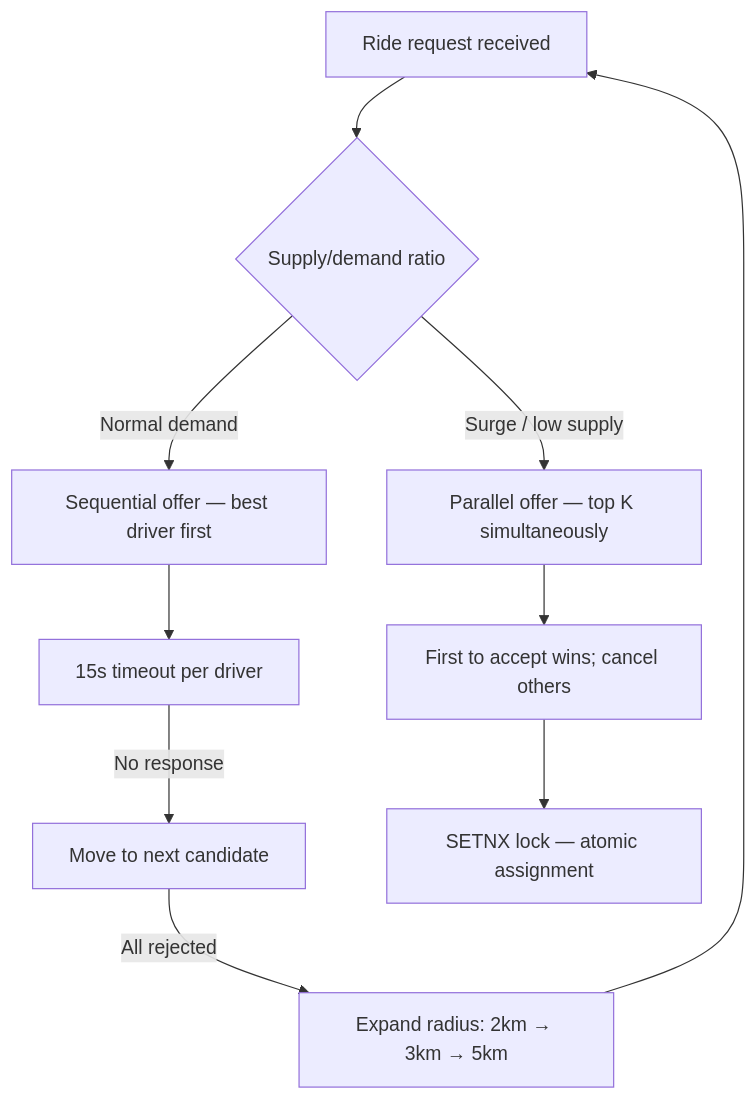
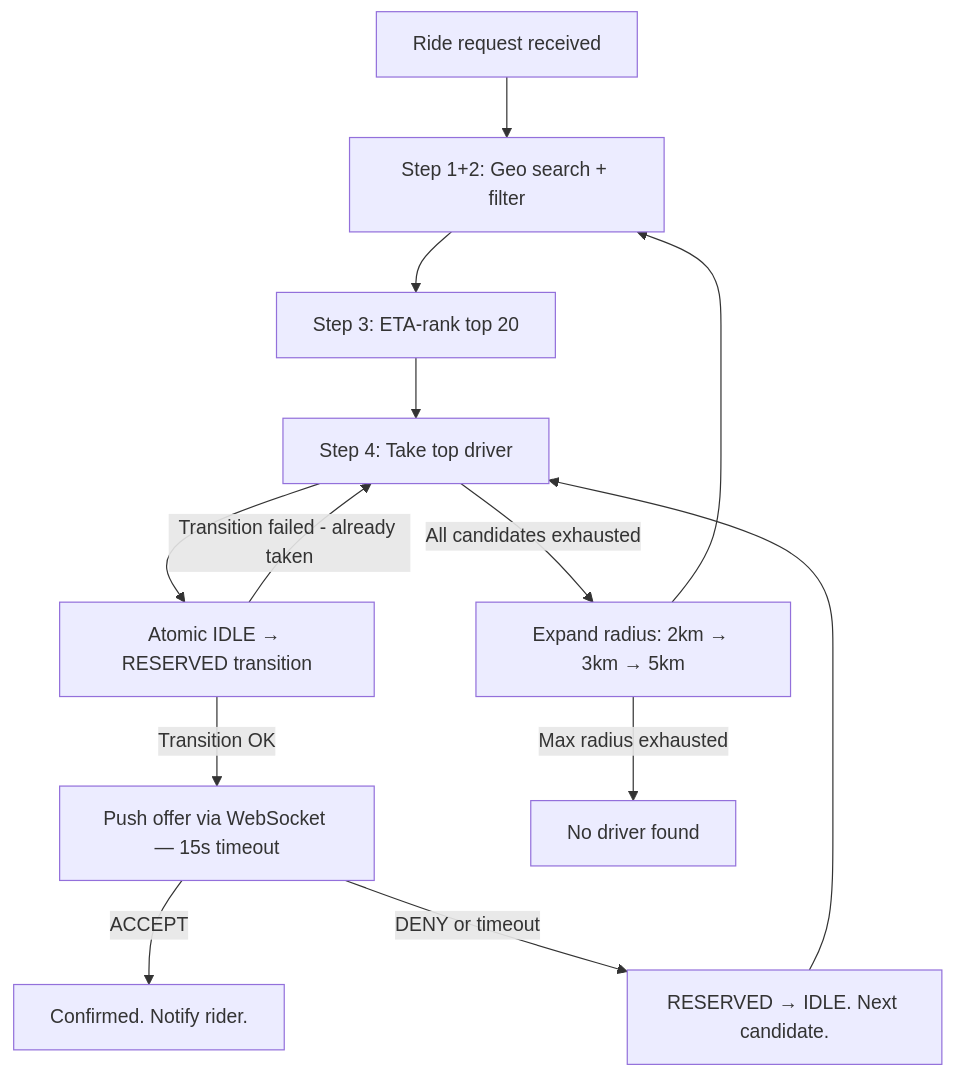
One commit to shyamalm88/MechineCoding changed the fifth of 7 diagrams in system-design/ride-booking-uber-rapido.md. Above: the diagram before and after it, drawn with Mermaid. The commit also changed other lines of this file, not shown here.

Commit message:
updated ride-booking-uber-rapido and google docs

````diff
--- a/system-design/ride-booking-uber-rapido.md
+++ b/system-design/ride-booking-uber-rapido.md
@@ -365,12 +414,15 @@
 ```mermaid
 flowchart TD
-    A["Ride request received"] --> B{Supply/demand ratio}
-    B -->|Normal demand| C["Sequential offer — best driver first"]
-    B -->|Surge / low supply| D["Parallel offer — top K simultaneously"]
-    C --> C1["15s timeout per driver"]
-    D --> D1["First to accept wins; cancel others"]
-    C1 -->|No response| C2["Move to next candidate"]
-    C2 -->|All rejected| E["Expand radius: 2km → 3km → 5km"]
-    D1 --> F["SETNX lock — atomic assignment"]
-    E --> A
+    A["Ride request received"] --> B["Step 1+2: Geo search + filter"]
+    B --> C["Step 3: ETA-rank top 20"]
+    C --> D["Step 4: Take top driver"]
+    D --> E["Atomic IDLE → RESERVED transition"]
+    E -->|Transition failed - already taken| D
+    E -->|Transition OK| F["Push offer via WebSocket — 15s timeout"]
+    F -->|ACCEPT| G["Confirmed. Notify rider."]
+    F -->|DENY or timeout| H["RESERVED → IDLE. Next candidate."]
+    H --> D
+    D -->|All candidates exhausted| I["Expand radius: 2km → 3km → 5km"]
+    I -->|Max radius exhausted| J["No driver found"]
+    I --> B
 ```
````
